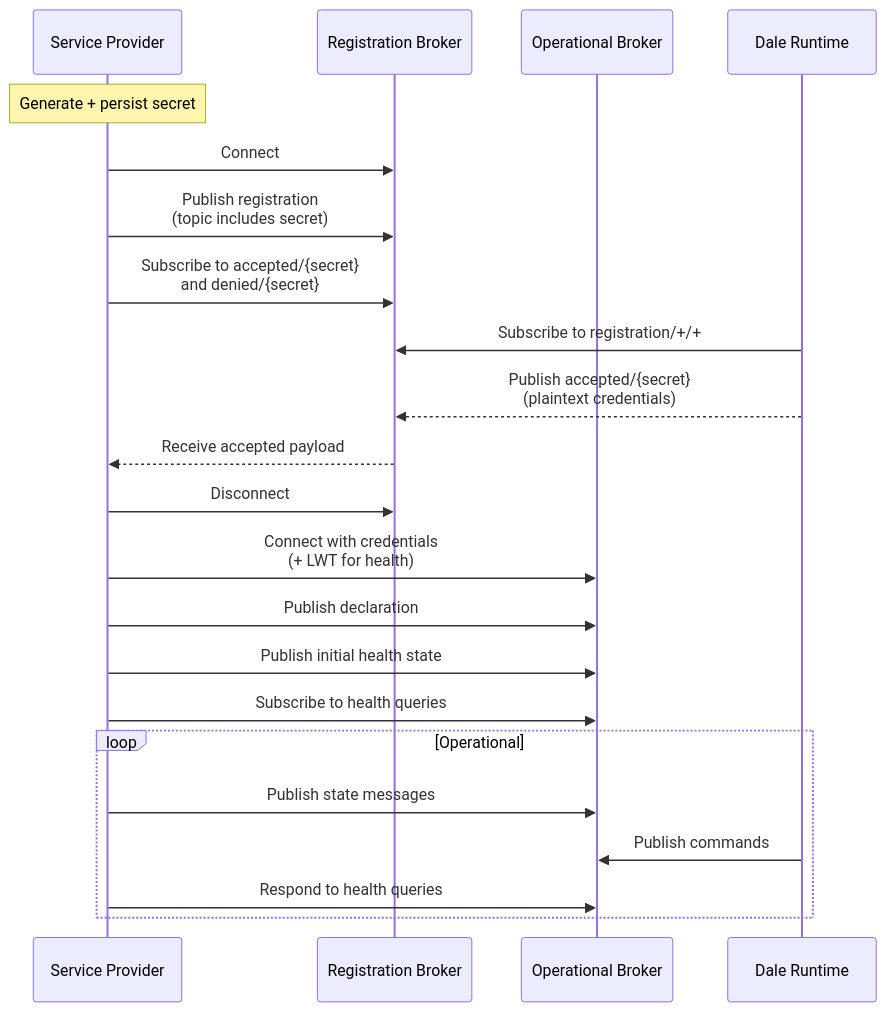
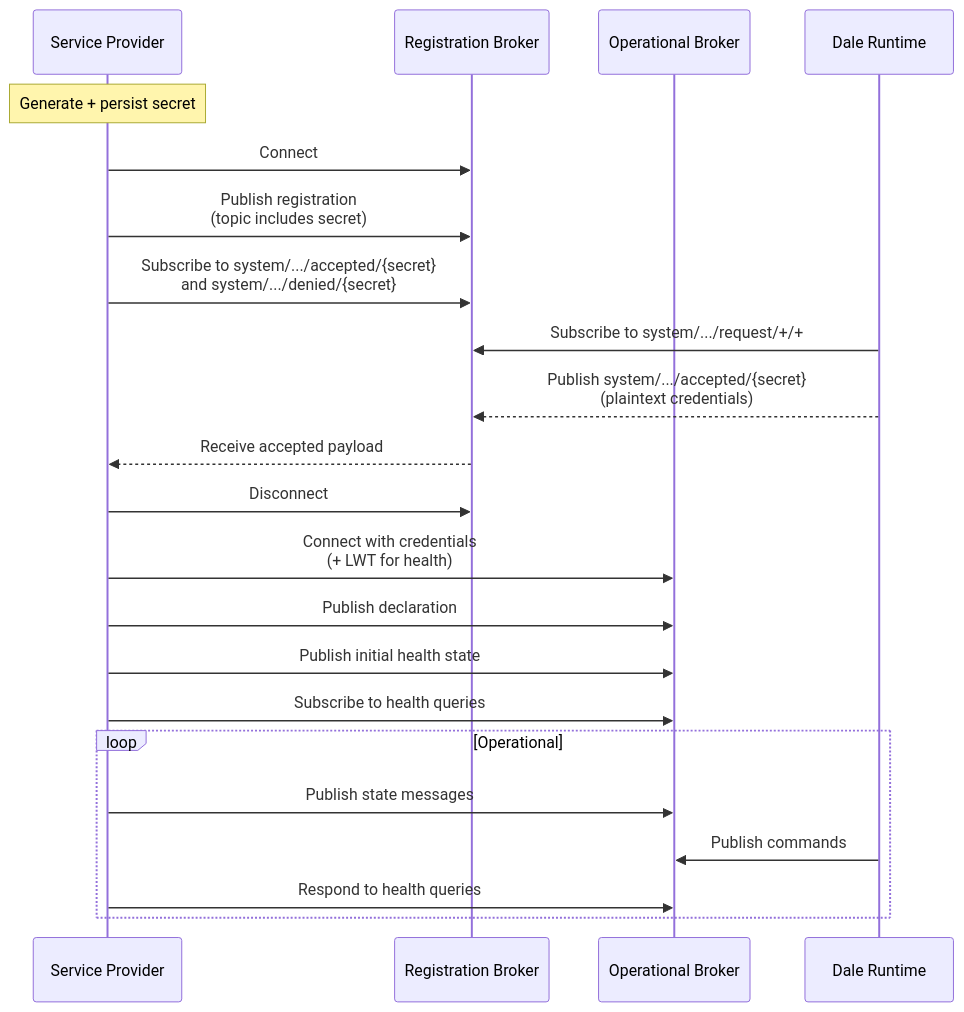
The second of 2 diagrams in docs/sdk/service-provider-protocol.md (VION-IoT/documentation), drawn with Mermaid before and after one commit. The commit also changed other lines of this file, not shown here.

````diff
--- a/docs/sdk/service-provider-protocol.md
+++ b/docs/sdk/service-provider-protocol.md
@@ -258,27 +309,27 @@
 ```mermaid
 sequenceDiagram
     participant SP as Service Provider
     participant RB as Registration Broker
     participant OB as Operational Broker
     participant DR as Dale Runtime
 
     Note over SP: Generate + persist secret
     SP->>RB: Connect
     SP->>RB: Publish registration<br/>(topic includes secret)
-    SP->>RB: Subscribe to accepted/{secret}<br/>and denied/{secret}
-    DR->>RB: Subscribe to registration/+/+
-    DR-->>RB: Publish accepted/{secret}<br/>(plaintext credentials)
+    SP->>RB: Subscribe to system/.../accepted/{secret}<br/>and system/.../denied/{secret}
+    DR->>RB: Subscribe to system/.../request/+/+
+    DR-->>RB: Publish system/.../accepted/{secret}<br/>(plaintext credentials)
     RB-->>SP: Receive accepted payload
     SP->>RB: Disconnect
 
     SP->>OB: Connect with credentials<br/>(+ LWT for health)
     SP->>OB: Publish declaration
     SP->>OB: Publish initial health state
     SP->>OB: Subscribe to health queries
 
     loop Operational
         SP->>OB: Publish state messages
         DR->>OB: Publish commands
         SP->>OB: Respond to health queries
     end
 ```
````
